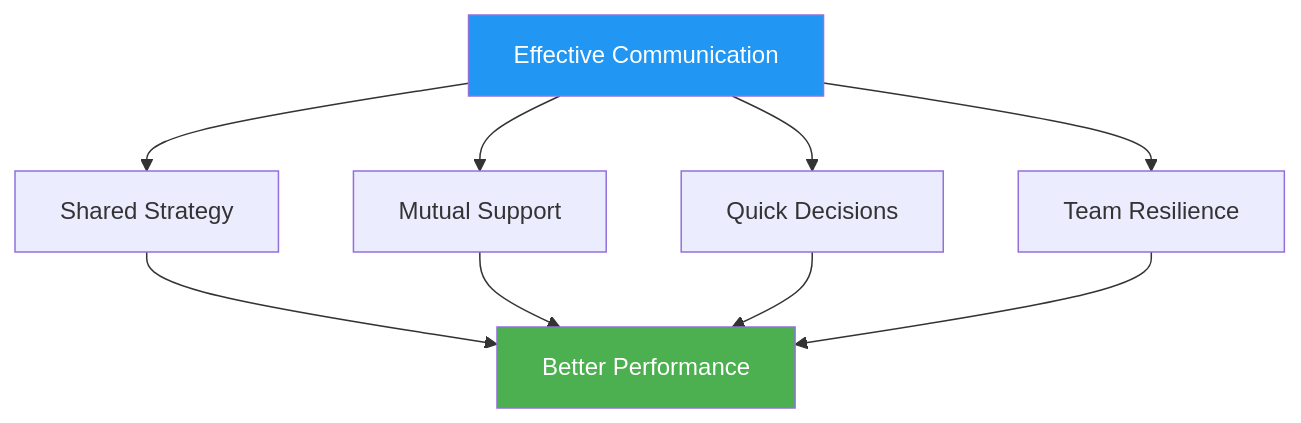
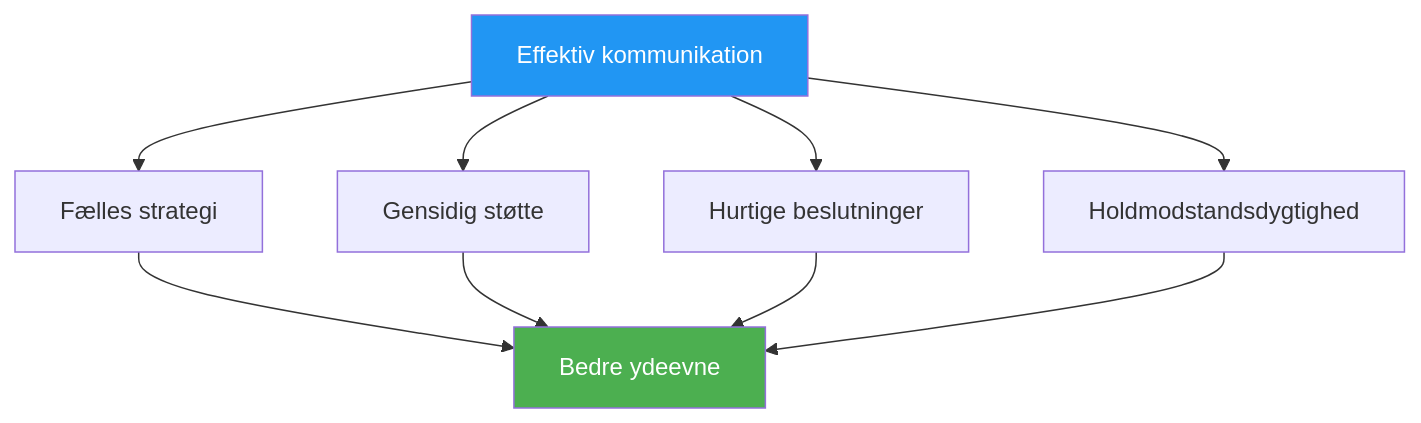
Before and after one commit to patwii/petanque-academy: the diagram in docs/da/articles/team-communication.md, drawn with Mermaid. The commit also changed other lines of this file and 550 other files, not shown here.

````diff
--- a/docs/da/articles/team-communication.md
+++ b/docs/da/articles/team-communication.md
@@ -18,15 +18,15 @@
 ```mermaid
 flowchart TD
-    A[Effective Communication] --> B[Shared Strategy]
-    A --> C[Mutual Support]
-    A --> D[Quick Decisions]
-    A --> E[Team Resilience]
+    A[Effektiv kommunikation] --> B[Fælles strategi]
+    A --> C[Gensidig støtte]
+    A --> D[Hurtige beslutninger]
+    A --> E[Holdmodstandsdygtighed]
 
-    B --> F[Better Performance]
+    B --> F[Bedre ydeevne]
     C --> F
     D --> F
     E --> F
 
     style A fill:#2196F3,color:#fff
     style F fill:#4CAF50,color:#fff
 ```
````
